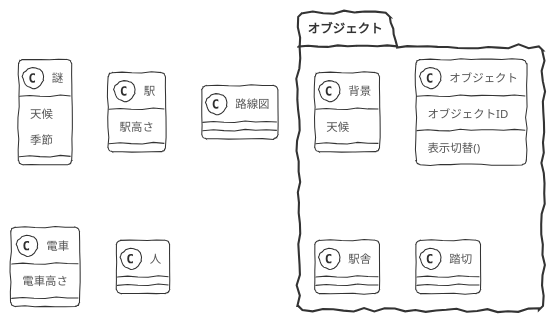
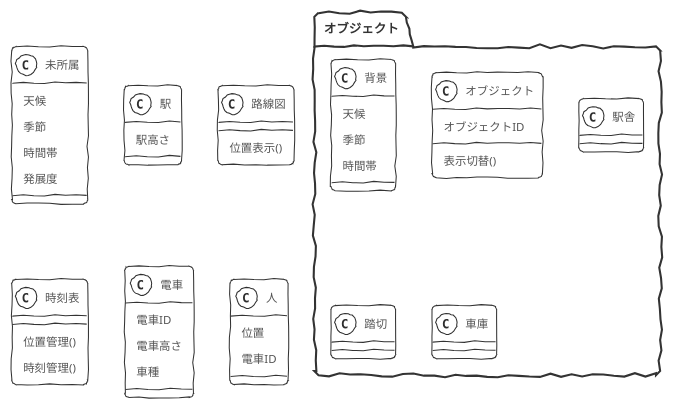
One commit to ssmxgo/tazawa_prj01 changed the diagram in まとめと調べモノ.md. Above: the diagram before and after it, drawn with PlantUML. The commit also changed 1 other file, not shown here.

````diff
--- a/まとめと調べモノ.md
+++ b/まとめと調べモノ.md
@@ -8,39 +8,57 @@
 ```uml:qiita.rb
 @startuml まとめ
 !theme sketchy-outline
-class 謎{
+class 未所属{
     天候
     季節
+    時間帯
+    発展度
 }
 class 駅 {
     駅高さ
     }
 
-class 路線図 {}
+class 路線図 {
+位置表示()
+}
+
+class 時刻表{
+位置管理()
+時刻管理()
+}
 
 class 電車 {
+電車ID
     電車高さ
+    車種
 }
 
-class 人 {}
+class 人 {
+位置
+電車ID
+}
 
 package オブジェクト{
 class 背景{
     天候
+季節
+時間帯
+}
 
-}
+
 
 '各風景 駅舎 建築物
 class オブジェクト{
     オブジェクトID
     表示切替()
 }
 class 駅舎{}
 class 踏切{}
+class 車庫{}
 
 }
 
 'scratchでコードによるオブジェクト生成/削除できるのか？
 
 @enduml
 ```
````
